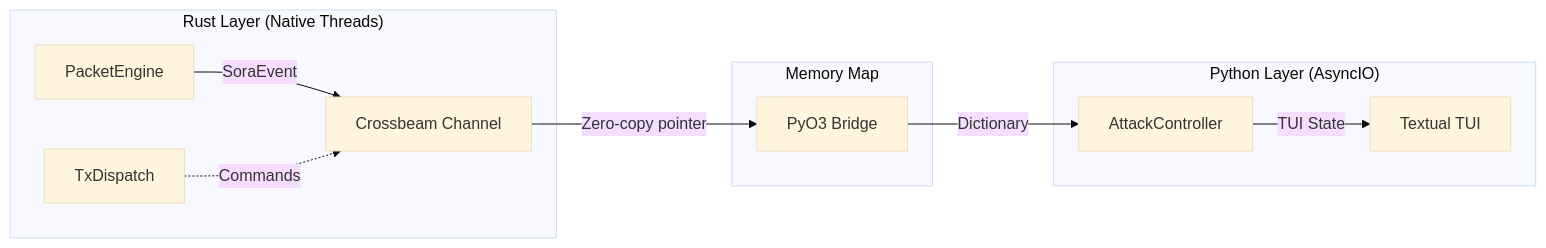
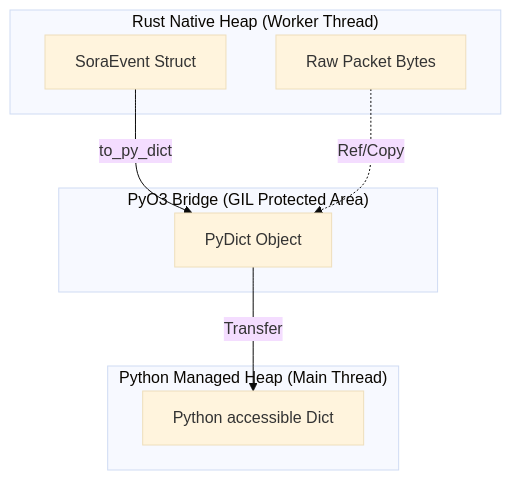
Before and after one commit to Spinty-dev/sora-docs: the first of 2 diagrams in docs/ipc/architecture.md, drawn with Mermaid (base theme). The commit also changed other lines of this file and 6 other files, not shown here.

````diff
--- a/docs/ipc/architecture.md
+++ b/docs/ipc/architecture.md
@@ -9,16 +35,19 @@
 ```mermaid
-graph LR
-    subgraph "Rust Layer (Native Threads)"
-        PE[PacketEngine] -->|SoraEvent| CH[Crossbeam Channel]
-        TX[TxDispatch] -.->|Commands| CH
+graph TD
+    subgraph "Rust Native Heap (Worker Thread)"
+        Event[SoraEvent Struct]
+        RawData[Raw Packet Bytes]
     end
     
-    subgraph "Memory Map"
-        CH -->|Zero-copy pointer| PY[PyO3 Bridge]
+    subgraph "PyO3 Bridge (GIL Protected Area)"
+        Dict[PyDict Object]
     end
     
-    subgraph "Python Layer (AsyncIO)"
-        PY -->|Dictionary| AC[AttackController]
-        AC -->|TUI State| UX[Textual TUI]
+    subgraph "Python Managed Heap (Main Thread)"
+        PyObj[Python accessible Dict]
     end
+    
+    Event -->|to_py_dict| Dict
+    RawData -.->|Ref/Copy| Dict
+    Dict -->|Transfer| PyObj
 ```
````
